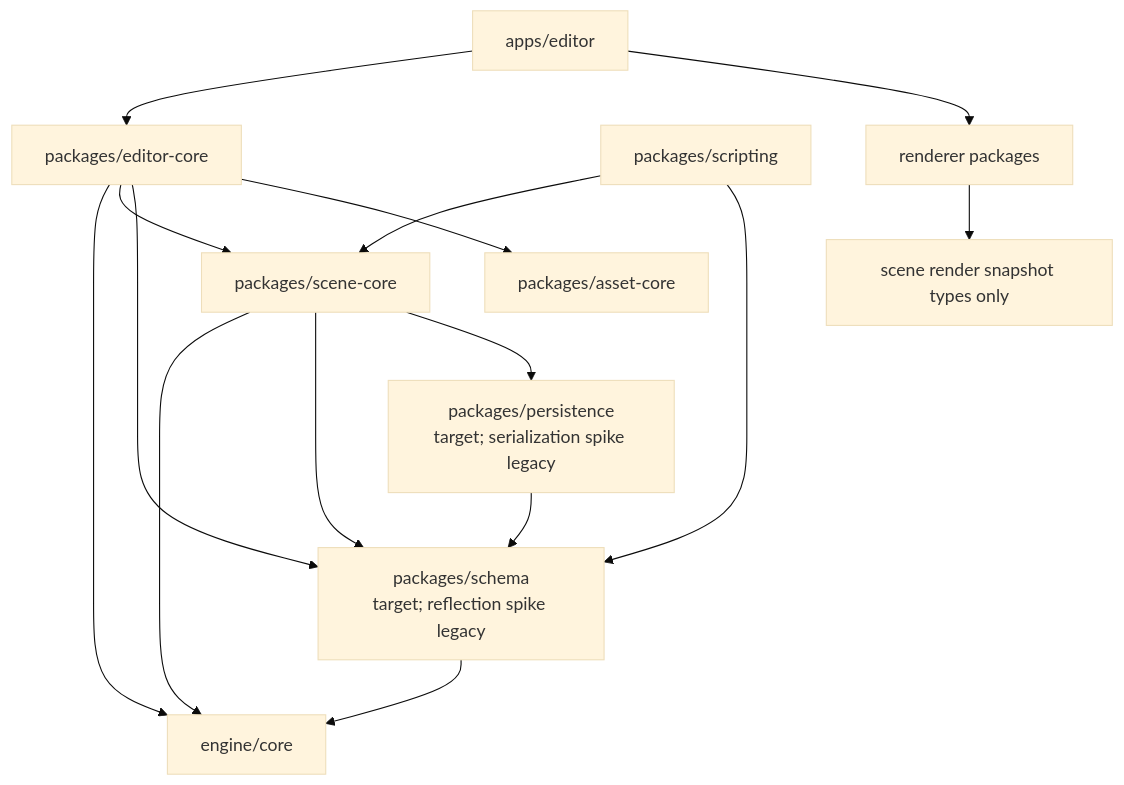
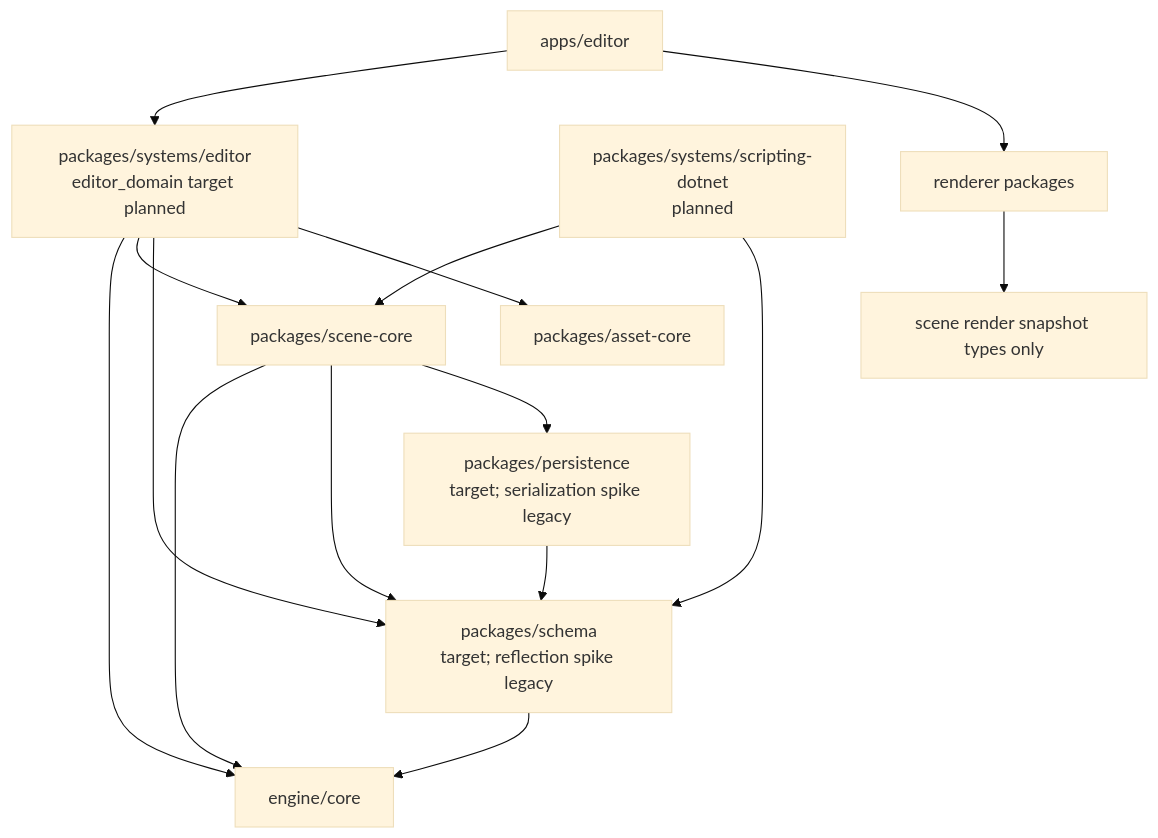
One commit to 66six11/Engine changed the first of 9 diagrams in docs/systems/scene-world.md. Above: the diagram before and after it, drawn with Mermaid (base theme). The commit also changed other lines of this file and 24 other files, not shown here.

Commit message:
docs: define package-first system architecture

````diff
--- a/docs/systems/scene-world.md
+++ b/docs/systems/scene-world.md
@@ -59,27 +58,27 @@
 ```mermaid
 flowchart TD
     Core["engine/core"]
     Reflection["packages/schema<br/>target; reflection spike legacy"]
     Serialization["packages/persistence<br/>target; serialization spike legacy"]
     Scene["packages/scene-core"]
-    Editor["packages/editor-core"]
-    Script["packages/scripting"]
+    Editor["packages/systems/editor<br/>editor_domain target planned"]
+    Script["packages/systems/scripting-dotnet<br/>planned"]
     Asset["packages/asset-core"]
     Renderer["renderer packages"]
     AppEditor["apps/editor"]
 
     Reflection --> Core
     Serialization --> Reflection
     Scene --> Core
     Scene --> Reflection
     Scene --> Serialization
     Editor --> Core
     Editor --> Scene
     Editor --> Reflection
     Editor --> Asset
     Script --> Scene
     Script --> Reflection
     Renderer --> SceneSnapshot["scene render snapshot types only"]
     AppEditor --> Editor
     AppEditor --> Renderer
 ```
````
